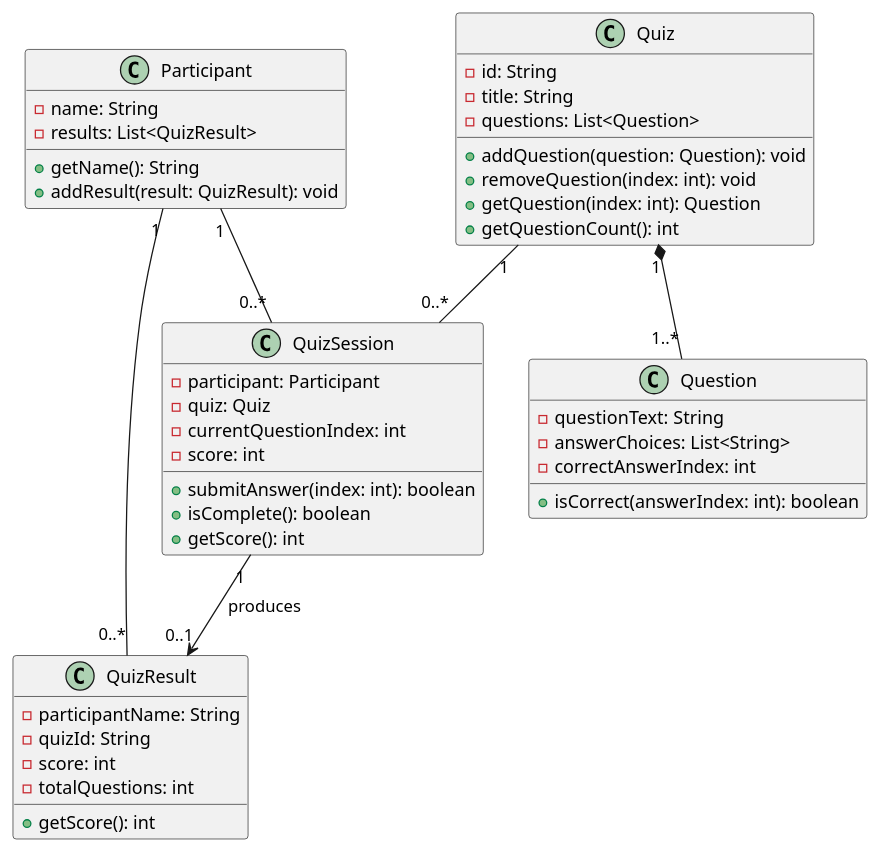
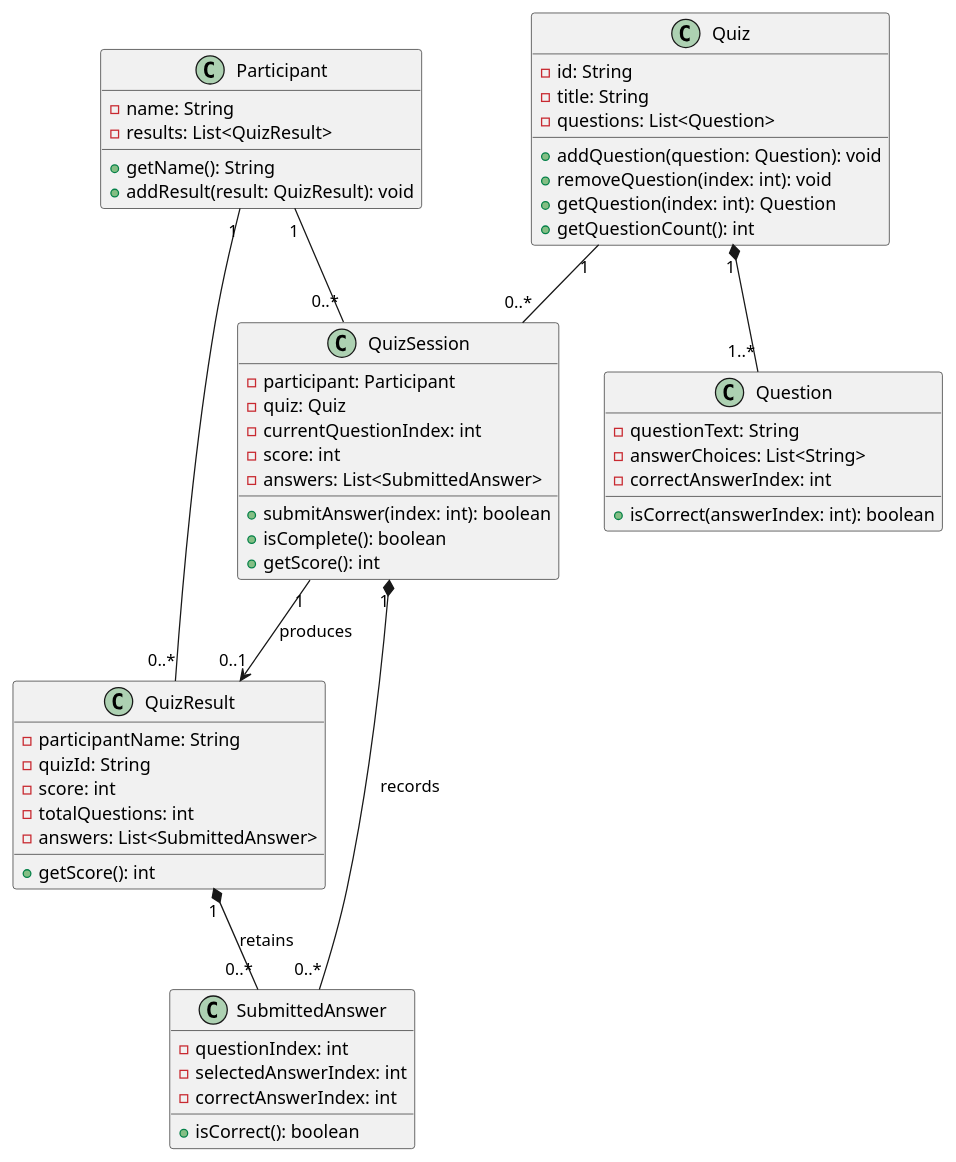
One commit to salmoncreator/team-project changed the first of 5 diagrams in README.md. Above: the diagram before and after it, drawn with PlantUML. The commit also changed other lines of this file, not shown here.

````diff
--- a/README.md
+++ b/README.md
@@ -201,51 +228,62 @@
 ```plantuml
 @startuml
 class Participant {
   - name: String
   - results: List<QuizResult>
   + getName(): String
   + addResult(result: QuizResult): void
 }
 
 class Question {
   - questionText: String
   - answerChoices: List<String>
   - correctAnswerIndex: int
   + isCorrect(answerIndex: int): boolean
 }
 
 class Quiz {
   - id: String
   - title: String
   - questions: List<Question>
   + addQuestion(question: Question): void
   + removeQuestion(index: int): void
   + getQuestion(index: int): Question
   + getQuestionCount(): int
 }
 
 class QuizSession {
   - participant: Participant
   - quiz: Quiz
   - currentQuestionIndex: int
   - score: int
+  - answers: List<SubmittedAnswer>
   + submitAnswer(index: int): boolean
   + isComplete(): boolean
   + getScore(): int
 }
 
 class QuizResult {
   - participantName: String
   - quizId: String
   - score: int
   - totalQuestions: int
+  - answers: List<SubmittedAnswer>
   + getScore(): int
+}
+
+class SubmittedAnswer {
+  - questionIndex: int
+  - selectedAnswerIndex: int
+  - correctAnswerIndex: int
+  + isCorrect(): boolean
 }
 
 Quiz "1" *-- "1..*" Question
 Participant "1" -- "0..*" QuizSession
 Quiz "1" -- "0..*" QuizSession
 QuizSession "1" --> "0..1" QuizResult : produces
 Participant "1" -- "0..*" QuizResult
+QuizSession "1" *-- "0..*" SubmittedAnswer : records
+QuizResult "1" *-- "0..*" SubmittedAnswer : retains
 @enduml
 ```
````
